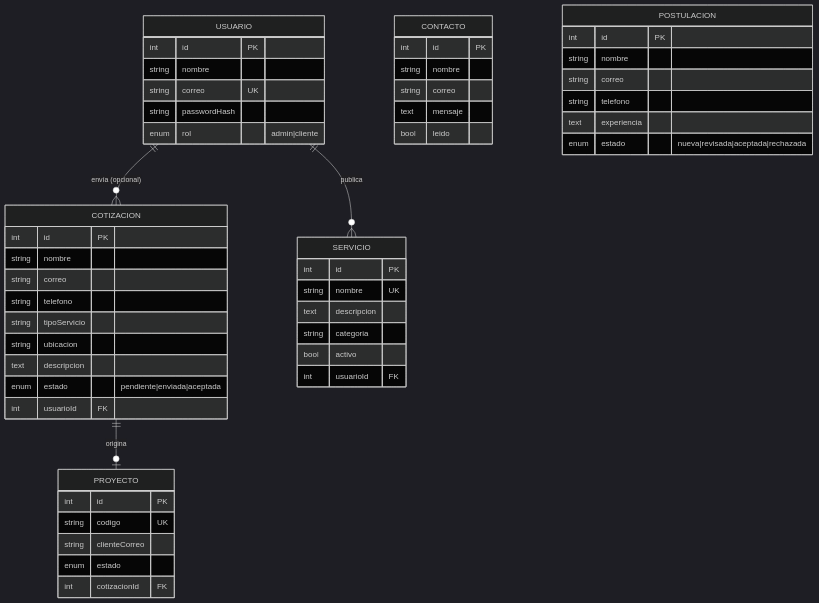
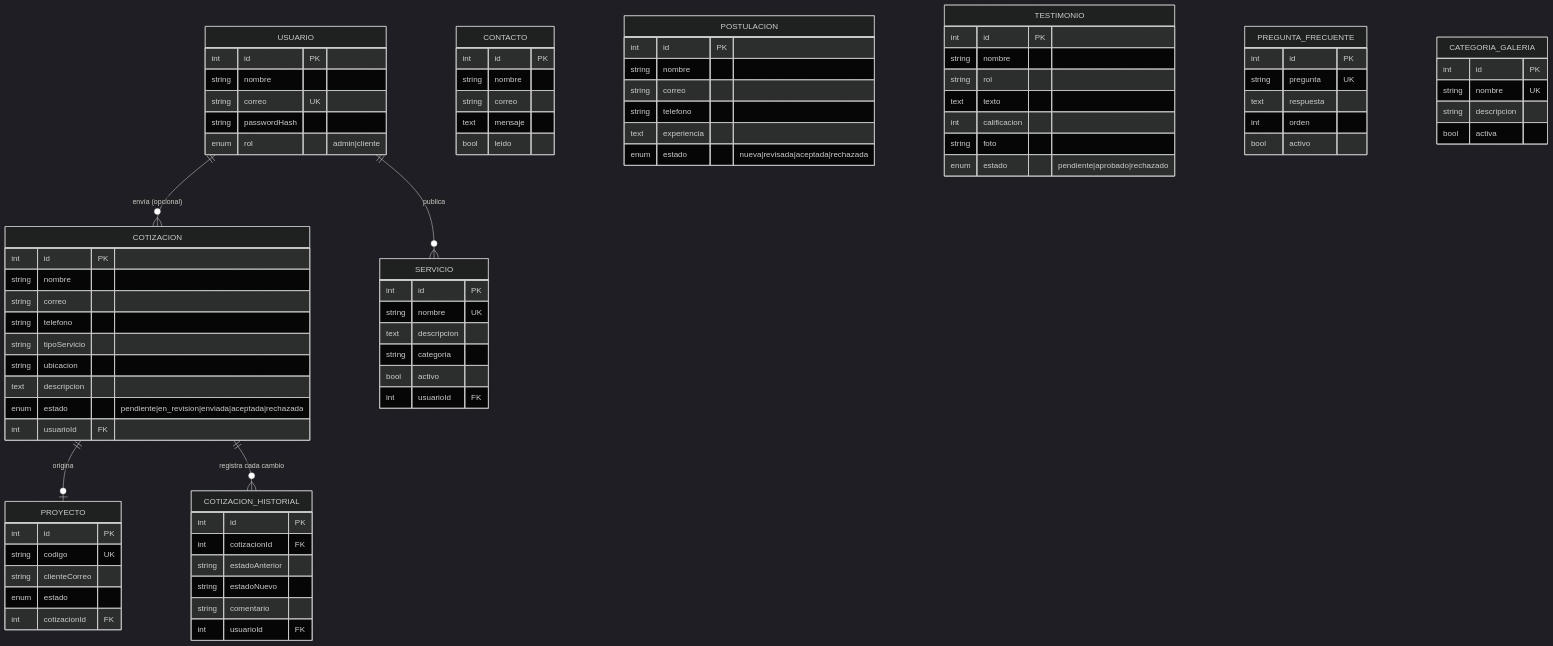
The diagram in backend/README.md (DanZela1/PW2OpvDrywall), drawn with Mermaid (dark theme) before and after one commit. The commit also changed other lines of this file and 137 other files, not shown here.

````diff
--- a/backend/README.md
+++ b/backend/README.md
@@ -52,42 +55,65 @@
 ```mermaid
 erDiagram
     USUARIO ||--o{ COTIZACION : "envía (opcional)"
     USUARIO ||--o{ SERVICIO : "publica"
     COTIZACION ||--o| PROYECTO : "origina"
+    COTIZACION ||--o{ COTIZACION_HISTORIAL : "registra cada cambio"
     USUARIO { int id PK
       string nombre
       string correo UK
       string passwordHash
       enum rol "admin|cliente" }
     COTIZACION { int id PK
       string nombre
       string correo
       string telefono
       string tipoServicio
       string ubicacion
       text descripcion
-      enum estado "pendiente|enviada|aceptada"
+      enum estado "pendiente|en_revision|enviada|aceptada|rechazada"
+      int usuarioId FK }
+    COTIZACION_HISTORIAL { int id PK
+      int cotizacionId FK
+      string estadoAnterior
+      string estadoNuevo
+      string comentario
       int usuarioId FK }
     SERVICIO { int id PK
       string nombre UK
       text descripcion
       string categoria
       bool activo
       int usuarioId FK }
     PROYECTO { int id PK
       string codigo UK
       string clienteCorreo
       enum estado
       int cotizacionId FK }
     CONTACTO { int id PK
       string nombre
       string correo
       text mensaje
       bool leido }
     POSTULACION { int id PK
       string nombre
       string correo
       string telefono
       text experiencia
       enum estado "nueva|revisada|aceptada|rechazada" }
+    TESTIMONIO { int id PK
+      string nombre
+      string rol
+      text texto
+      int calificacion
+      string foto
+      enum estado "pendiente|aprobado|rechazado" }
+    PREGUNTA_FRECUENTE { int id PK
+      string pregunta UK
+      text respuesta
+      int orden
+      bool activo }
+    CATEGORIA_GALERIA { int id PK
+      string nombre UK
+      string descripcion
+      bool activa }
 ```
````
